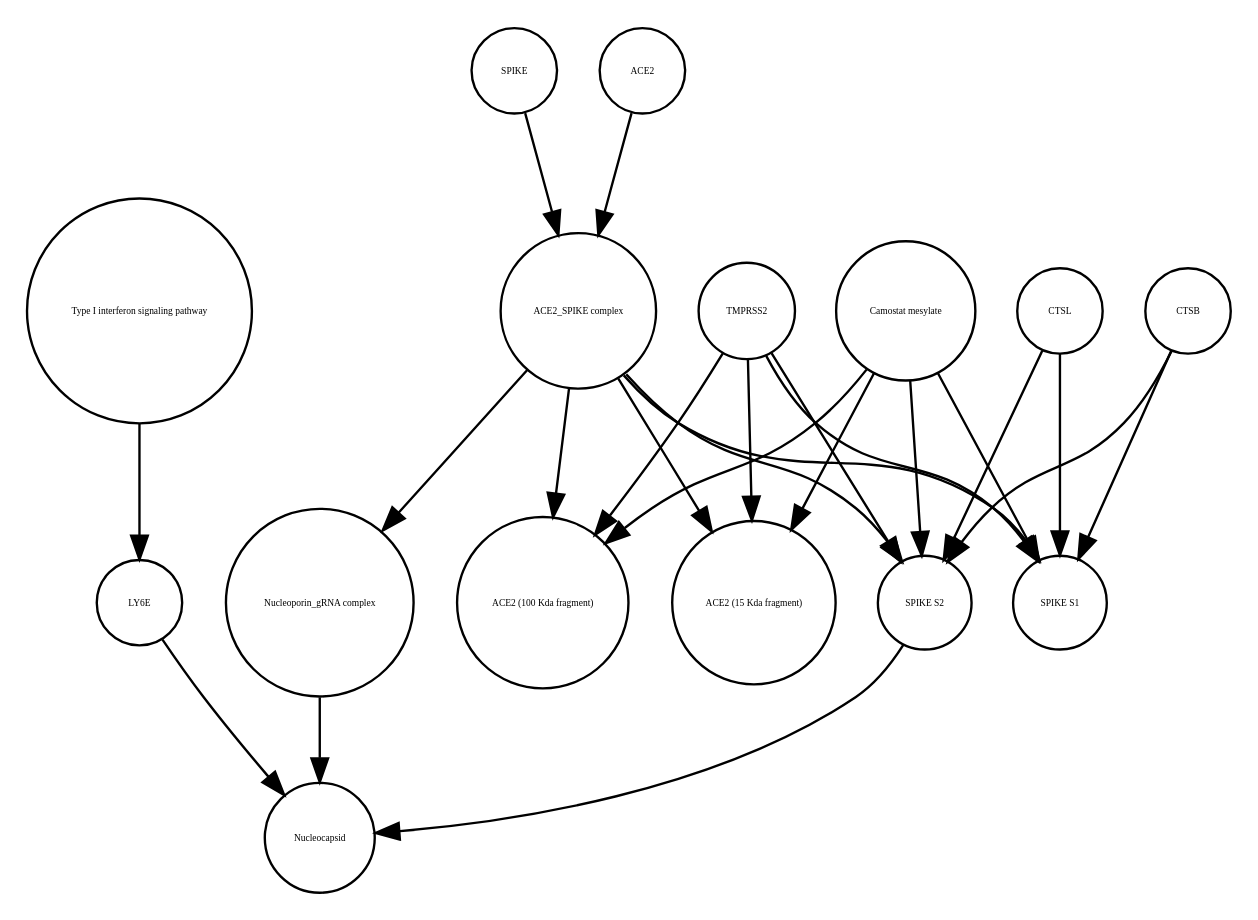
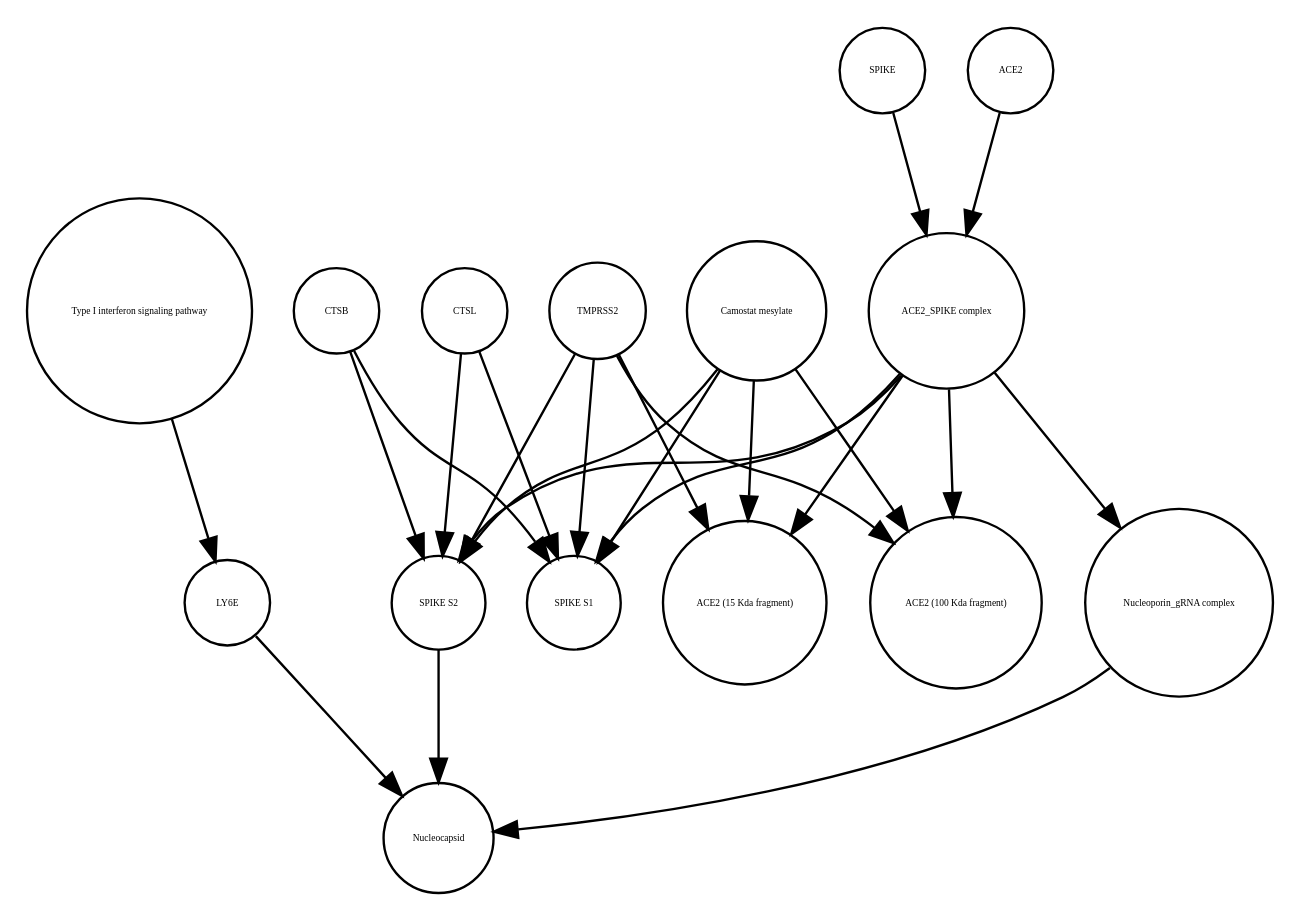
Before and after one commit to cannin/covid19-sbgn: the diagram in Virus_replication_cycle_V02.xml_projected.dot, drawn with Graphviz. The commit also changed 637 other files, not shown here.

```diff
--- a/Virus_replication_cycle_V02.xml_projected.dot
+++ b/Virus_replication_cycle_V02.xml_projected.dot
@@ -1,40 +1,40 @@
 strict digraph  {
 "Type I interferon signaling pathway" [annotation="", bipartite=0, cls=phenotype, fontsize=4, label="Type I interferon signaling pathway", shape=circle];
 LY6E [annotation="", bipartite=0, cls=macromolecule, fontsize=4, label=LY6E, shape=circle];
+"SPIKE S1" [annotation="", bipartite=0, cls=macromolecule, fontsize=4, label="SPIKE S1", shape=circle];
 "ACE2_SPIKE complex" [annotation="", bipartite=0, cls=complex, fontsize=4, label="ACE2_SPIKE complex", shape=circle];
+"ACE2 (15 Kda fragment)" [annotation="", bipartite=0, cls=macromolecule, fontsize=4, label="ACE2 (15 Kda fragment)", shape=circle];
+TMPRSS2 [annotation="", bipartite=0, cls=macromolecule, fontsize=4, label=TMPRSS2, shape=circle];
 "SPIKE S2" [annotation="", bipartite=0, cls=macromolecule, fontsize=4, label="SPIKE S2", shape=circle];
-SPIKE [annotation="", bipartite=0, cls="macromolecule multimer", fontsize=4, label=SPIKE, shape=circle];
-ACE2 [annotation="", bipartite=0, cls=macromolecule, fontsize=4, label=ACE2, shape=circle];
-"Nucleoporin_gRNA complex " [annotation="", bipartite=0, cls=complex, fontsize=4, label="Nucleoporin_gRNA complex ", shape=circle];
-TMPRSS2 [annotation="", bipartite=0, cls=macromolecule, fontsize=4, label=TMPRSS2, shape=circle];
 CTSL [annotation="", bipartite=0, cls=macromolecule, fontsize=4, label=CTSL, shape=circle];
 "ACE2 (100 Kda fragment)" [annotation="", bipartite=0, cls=macromolecule, fontsize=4, label="ACE2 (100 Kda fragment)", shape=circle];
-"ACE2 (15 Kda fragment)" [annotation="", bipartite=0, cls=macromolecule, fontsize=4, label="ACE2 (15 Kda fragment)", shape=circle];
-"SPIKE S1" [annotation="", bipartite=0, cls=macromolecule, fontsize=4, label="SPIKE S1", shape=circle];
-"Camostat mesylate" [annotation="urn_miriam_pubchem.compound_2536", bipartite=0, cls="simple chemical", fontsize=4, label="Camostat mesylate", shape=circle];
+"Nucleoporin_gRNA complex " [annotation="", bipartite=0, cls=complex, fontsize=4, label="Nucleoporin_gRNA complex ", shape=circle];
+SPIKE [annotation="", bipartite=0, cls="macromolecule multimer", fontsize=4, label=SPIKE, shape=circle];
 CTSB [annotation="", bipartite=0, cls=macromolecule, fontsize=4, label=CTSB, shape=circle];
 Nucleocapsid [annotation="", bipartite=0, cls=complex, fontsize=4, label=Nucleocapsid, shape=circle];
+"Camostat mesylate" [annotation="urn_miriam_pubchem.compound_2536", bipartite=0, cls="simple chemical", fontsize=4, label="Camostat mesylate", shape=circle];
+ACE2 [annotation="", bipartite=0, cls=macromolecule, fontsize=4, label=ACE2, shape=circle];
 "Type I interferon signaling pathway" -> LY6E  [annotation="", interaction_type=stimulation];
 LY6E -> Nucleocapsid  [annotation="urn_miriam_doi_10.1101%2F2020.03.05.979260|urn_miriam_doi_10.1101%2F2020.04.02.021469", interaction_type=inhibition];
+"ACE2_SPIKE complex" -> "SPIKE S1"  [annotation="", interaction_type=production];
+"ACE2_SPIKE complex" -> "ACE2 (15 Kda fragment)"  [annotation="", interaction_type=production];
+"ACE2_SPIKE complex" -> "SPIKE S2"  [annotation="", interaction_type=production];
+"ACE2_SPIKE complex" -> "ACE2 (100 Kda fragment)"  [annotation="", interaction_type=production];
 "ACE2_SPIKE complex" -> "Nucleoporin_gRNA complex "  [annotation="urn_miriam_pubmed_32142651|urn_miriam_pubmed_32094589", interaction_type=stimulation];
-"ACE2_SPIKE complex" -> "SPIKE S2"  [annotation="", interaction_type=production];
-"ACE2_SPIKE complex" -> "SPIKE S1"  [annotation="", interaction_type=production];
-"ACE2_SPIKE complex" -> "ACE2 (100 Kda fragment)"  [annotation="", interaction_type=production];
-"ACE2_SPIKE complex" -> "ACE2 (15 Kda fragment)"  [annotation="", interaction_type=production];
-"SPIKE S2" -> Nucleocapsid  [annotation="", interaction_type=stimulation];
+TMPRSS2 -> "ACE2 (100 Kda fragment)"  [annotation="urn_miriam_pubmed_32142651|urn_miriam_pubmed_32094589|urn_miriam_pubmed_24227843", interaction_type=catalysis];
+TMPRSS2 -> "SPIKE S1"  [annotation="urn_miriam_pubmed_32142651|urn_miriam_pubmed_32094589|urn_miriam_pubmed_24227843", interaction_type=catalysis];
+TMPRSS2 -> "SPIKE S2"  [annotation="urn_miriam_pubmed_32142651|urn_miriam_pubmed_32094589|urn_miriam_pubmed_24227843", interaction_type=catalysis];
+TMPRSS2 -> "ACE2 (15 Kda fragment)"  [annotation="urn_miriam_pubmed_32142651|urn_miriam_pubmed_32094589|urn_miriam_pubmed_24227843", interaction_type=catalysis];
+"SPIKE S2" -> Nucleocapsid  [annotation="urn_miriam_doi_10.1101%2F2020.03.05.979260|urn_miriam_doi_10.1101%2F2020.04.02.021469", interaction_type=stimulation];
+CTSL -> "SPIKE S1"  [annotation=urn_miriam_pubmed_32142651, interaction_type=catalysis];
+CTSL -> "SPIKE S2"  [annotation=urn_miriam_pubmed_32142651, interaction_type=catalysis];
+"Nucleoporin_gRNA complex " -> Nucleocapsid  [annotation="", interaction_type=production];
 SPIKE -> "ACE2_SPIKE complex"  [annotation="", interaction_type=production];
+CTSB -> "SPIKE S1"  [annotation=urn_miriam_pubmed_32142651, interaction_type=catalysis];
+CTSB -> "SPIKE S2"  [annotation=urn_miriam_pubmed_32142651, interaction_type=catalysis];
+"Camostat mesylate" -> "ACE2 (100 Kda fragment)"  [annotation="urn_miriam_pubmed_32142651|urn_miriam_pubmed_32094589|urn_miriam_pubmed_24227843", interaction_type=inhibition];
+"Camostat mesylate" -> "SPIKE S1"  [annotation="urn_miriam_pubmed_32142651|urn_miriam_pubmed_32094589|urn_miriam_pubmed_24227843", interaction_type=inhibition];
+"Camostat mesylate" -> "SPIKE S2"  [annotation="urn_miriam_pubmed_32142651|urn_miriam_pubmed_32094589|urn_miriam_pubmed_24227843", interaction_type=inhibition];
+"Camostat mesylate" -> "ACE2 (15 Kda fragment)"  [annotation="urn_miriam_pubmed_32142651|urn_miriam_pubmed_32094589|urn_miriam_pubmed_24227843", interaction_type=inhibition];
 ACE2 -> "ACE2_SPIKE complex"  [annotation="", interaction_type=production];
-"Nucleoporin_gRNA complex " -> Nucleocapsid  [annotation="", interaction_type=production];
-TMPRSS2 -> "SPIKE S2"  [annotation="urn_miriam_pubmed_32142651|urn_miriam_pubmed_32094589|urn_miriam_pubmed_24227843", interaction_type=catalysis];
-TMPRSS2 -> "SPIKE S1"  [annotation="urn_miriam_pubmed_32142651|urn_miriam_pubmed_32094589|urn_miriam_pubmed_24227843", interaction_type=catalysis];
-TMPRSS2 -> "ACE2 (15 Kda fragment)"  [annotation="urn_miriam_pubmed_32142651|urn_miriam_pubmed_32094589|urn_miriam_pubmed_24227843", interaction_type=catalysis];
-TMPRSS2 -> "ACE2 (100 Kda fragment)"  [annotation="urn_miriam_pubmed_32142651|urn_miriam_pubmed_32094589|urn_miriam_pubmed_24227843", interaction_type=catalysis];
-CTSL -> "SPIKE S2"  [annotation=urn_miriam_pubmed_32142651, interaction_type=catalysis];
-CTSL -> "SPIKE S1"  [annotation=urn_miriam_pubmed_32142651, interaction_type=catalysis];
-"Camostat mesylate" -> "SPIKE S2"  [annotation="urn_miriam_pubmed_32142651|urn_miriam_pubmed_32094589|urn_miriam_pubmed_24227843", interaction_type=inhibition];
-"Camostat mesylate" -> "SPIKE S1"  [annotation="urn_miriam_pubmed_32142651|urn_miriam_pubmed_32094589|urn_miriam_pubmed_24227843", interaction_type=inhibition];
-"Camostat mesylate" -> "ACE2 (15 Kda fragment)"  [annotation="urn_miriam_pubmed_32142651|urn_miriam_pubmed_32094589|urn_miriam_pubmed_24227843", interaction_type=inhibition];
-"Camostat mesylate" -> "ACE2 (100 Kda fragment)"  [annotation="urn_miriam_pubmed_32142651|urn_miriam_pubmed_32094589|urn_miriam_pubmed_24227843", interaction_type=inhibition];
-CTSB -> "SPIKE S2"  [annotation=urn_miriam_pubmed_32142651, interaction_type=catalysis];
-CTSB -> "SPIKE S1"  [annotation=urn_miriam_pubmed_32142651, interaction_type=catalysis];
 }
```
